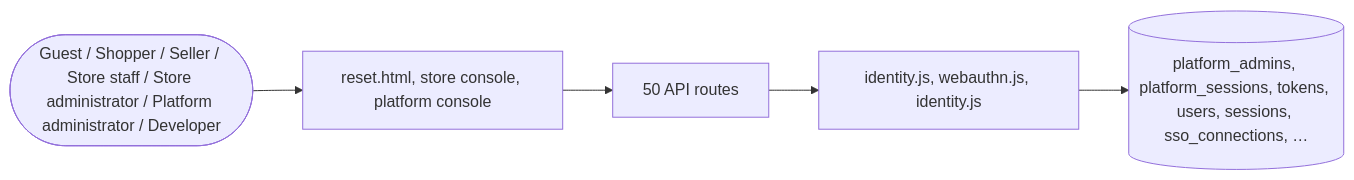
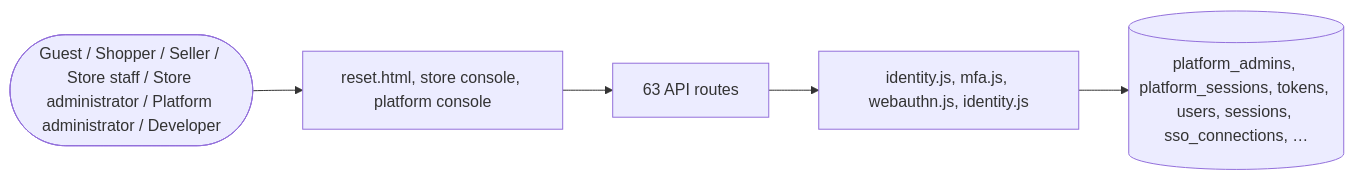
Before and after one commit to echelonxventures-Projects/universal-product: the diagram in docs/domains/identity.md, drawn with Mermaid. The commit also changed other lines of this file and 23 other files, not shown here.

````diff
--- a/docs/domains/identity.md
+++ b/docs/domains/identity.md
@@ -291,8 +336,8 @@
 ```mermaid
 flowchart LR
   U([Guest / Shopper / Seller / Store staff / Store administrator / Platform administrator / Developer]) --> UI[reset.html, store console, platform console]
-  UI --> API[50 API routes]
-  API --> ENG[identity.js, webauthn.js, identity.js]
+  UI --> API[63 API routes]
+  API --> ENG[identity.js, mfa.js, webauthn.js, identity.js]
   ENG --> DB[(platform_admins, platform_sessions, tokens, users, sessions, sso_connections, …)]
 
 ```
````
